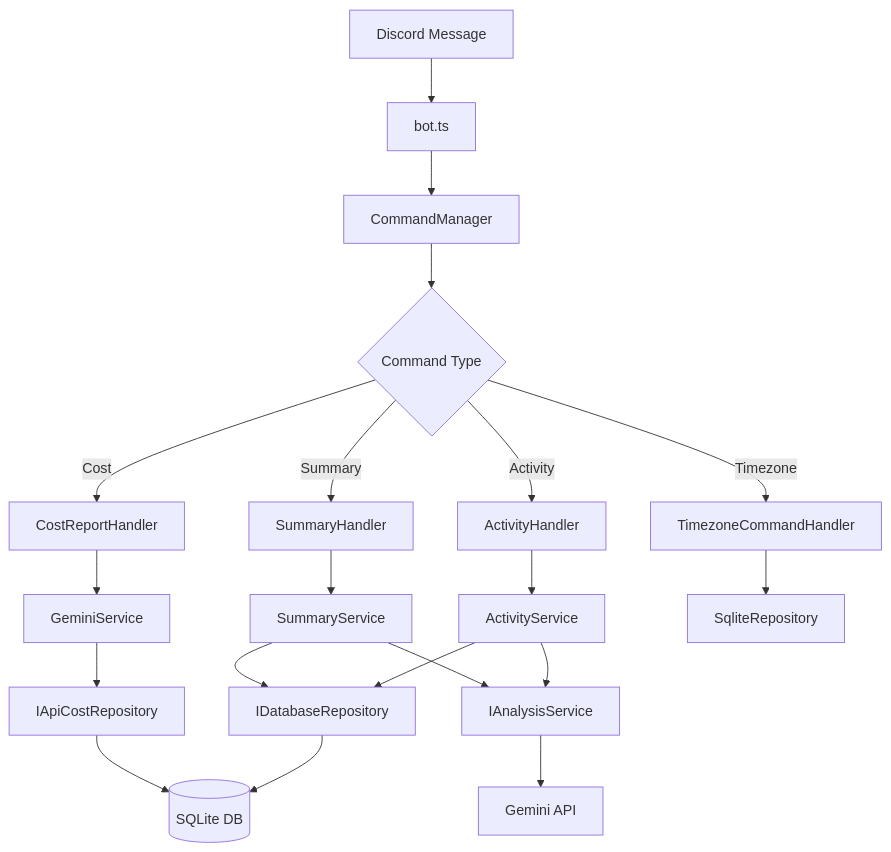
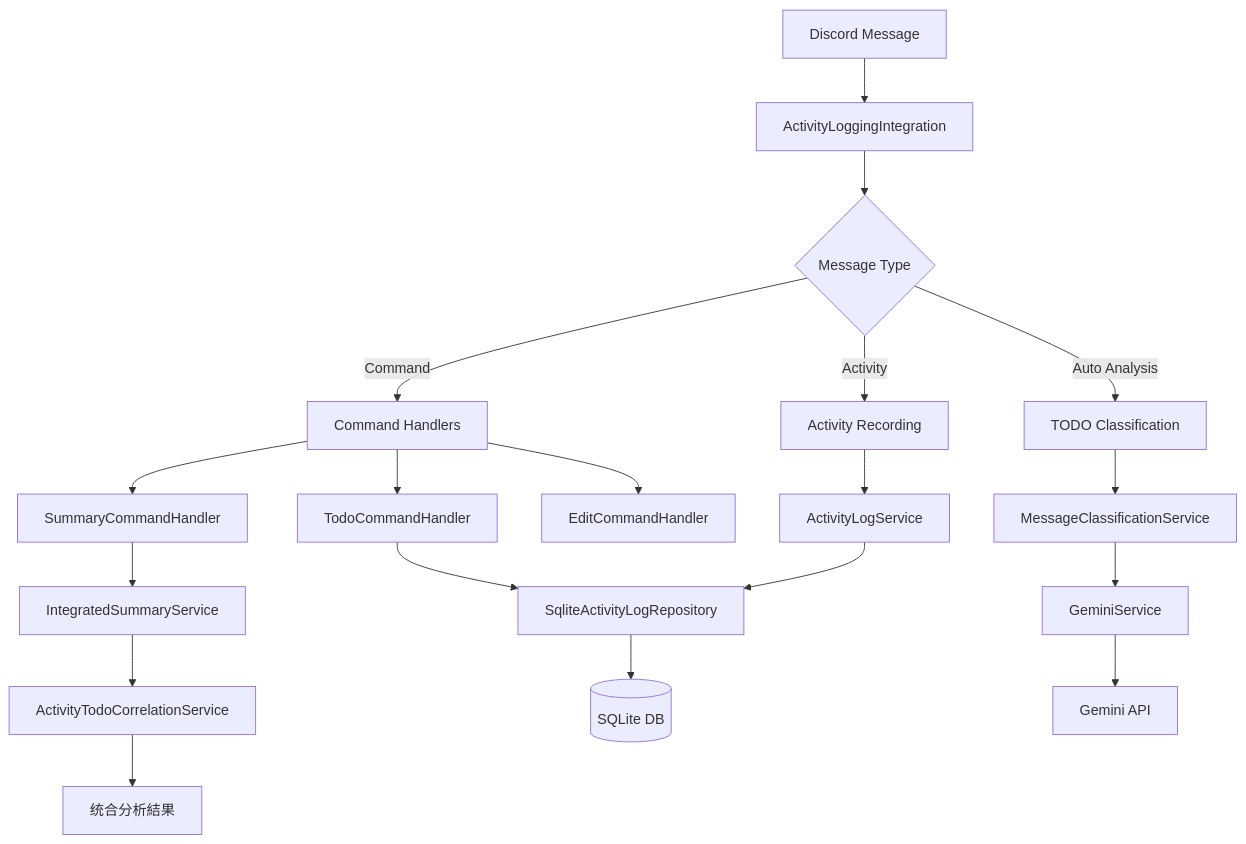
One commit to senjoysk/TimeLogger changed the diagram in README.md. Above: the diagram before and after it, drawn with Mermaid. The commit also changed other lines of this file and 2 other files, not shown here.

First line of the commit message:
docs: API_REFERENCE.md をCOMMAND_REFERENCE.md に名称変更

````diff
--- a/README.md
+++ b/README.md
@@ -432,25 +525,27 @@
 ```mermaid
 graph TD
-    A[Discord Message] --> B[bot.ts]
-    B --> C[CommandManager]
-    C --> D{Command Type}
-    D -->|Activity| E[ActivityHandler]
-    D -->|Summary| F[SummaryHandler]
-    D -->|Cost| G[CostReportHandler]
-    D -->|Timezone| H[TimezoneCommandHandler]
+    A[Discord Message] --> B[ActivityLoggingIntegration]
+    B --> C{Message Type}
     
-    E --> I[ActivityService]
-    F --> J[SummaryService]
-    G --> K[GeminiService]
-    H --> L[SqliteRepository]
+    C -->|Command| D[Command Handlers]
+    C -->|Activity| E[Activity Recording]
+    C -->|Auto Analysis| F[TODO Classification]
     
-    I --> M[IDatabaseRepository]
-    I --> N[IAnalysisService]
-    J --> M
-    J --> N
-    K --> O[IApiCostRepository]
+    D --> G[TodoCommandHandler]
+    D --> H[SummaryCommandHandler] 
+    D --> I[EditCommandHandler]
     
-    M --> P[(SQLite DB)]
-    N --> Q[Gemini API]
-    O --> P
+    E --> J[ActivityLogService]
+    F --> K[MessageClassificationService]
+    
+    J --> L[SqliteActivityLogRepository]
+    K --> M[GeminiService]
+    H --> N[IntegratedSummaryService]
+    G --> L
+    
+    N --> O[ActivityTodoCorrelationService]
+    O --> P[统合分析結果]
+    
+    L --> Q[(SQLite DB)]
+    M --> R[Gemini API]
 ```
````
